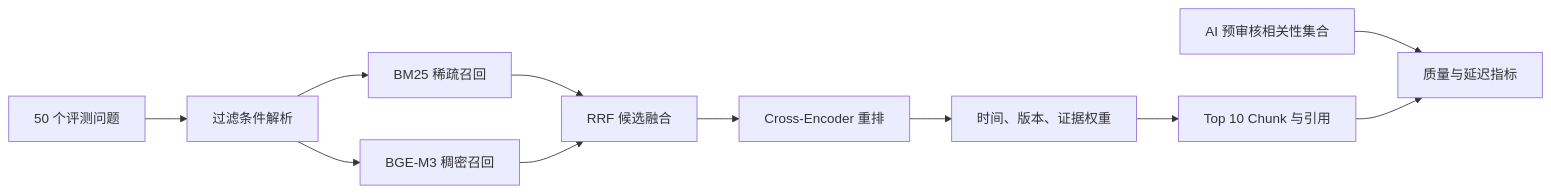
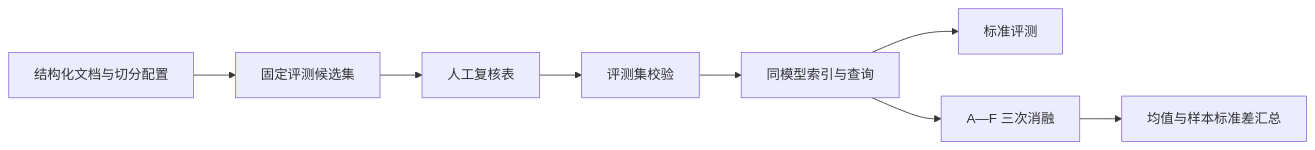
Before and after one commit to magician336/competitor-analysis-system: the diagram in docs/Mini-RAG检索评测报告.md, drawn with Mermaid. The commit also changed other lines of this file and 9 other files, not shown here.

````diff
--- a/docs/Mini-RAG检索评测报告.md
+++ b/docs/Mini-RAG检索评测报告.md
@@ -121,13 +74,10 @@
 ```mermaid
 flowchart LR
-    Q["50 个评测问题"] --> P["过滤条件解析"]
-    P --> S["BM25 稀疏召回"]
-    P --> D["BGE-M3 稠密召回"]
-    S --> R["RRF 候选融合"]
-    D --> R
-    R --> C["Cross-Encoder 重排"]
-    C --> W["时间、版本、证据权重"]
-    W --> T["Top 10 Chunk 与引用"]
-    G["AI 预审核相关性集合"] --> M["质量与延迟指标"]
-    T --> M
+    A["结构化文档与切分配置"] --> B["固定评测候选集"]
+    B --> C["人工复核表"]
+    C --> D["评测集校验"]
+    D --> E["同模型索引与查询"]
+    E --> F["标准评测"]
+    E --> G["A—F 三次消融"]
+    G --> H["均值与样本标准差汇总"]
 ```
````
